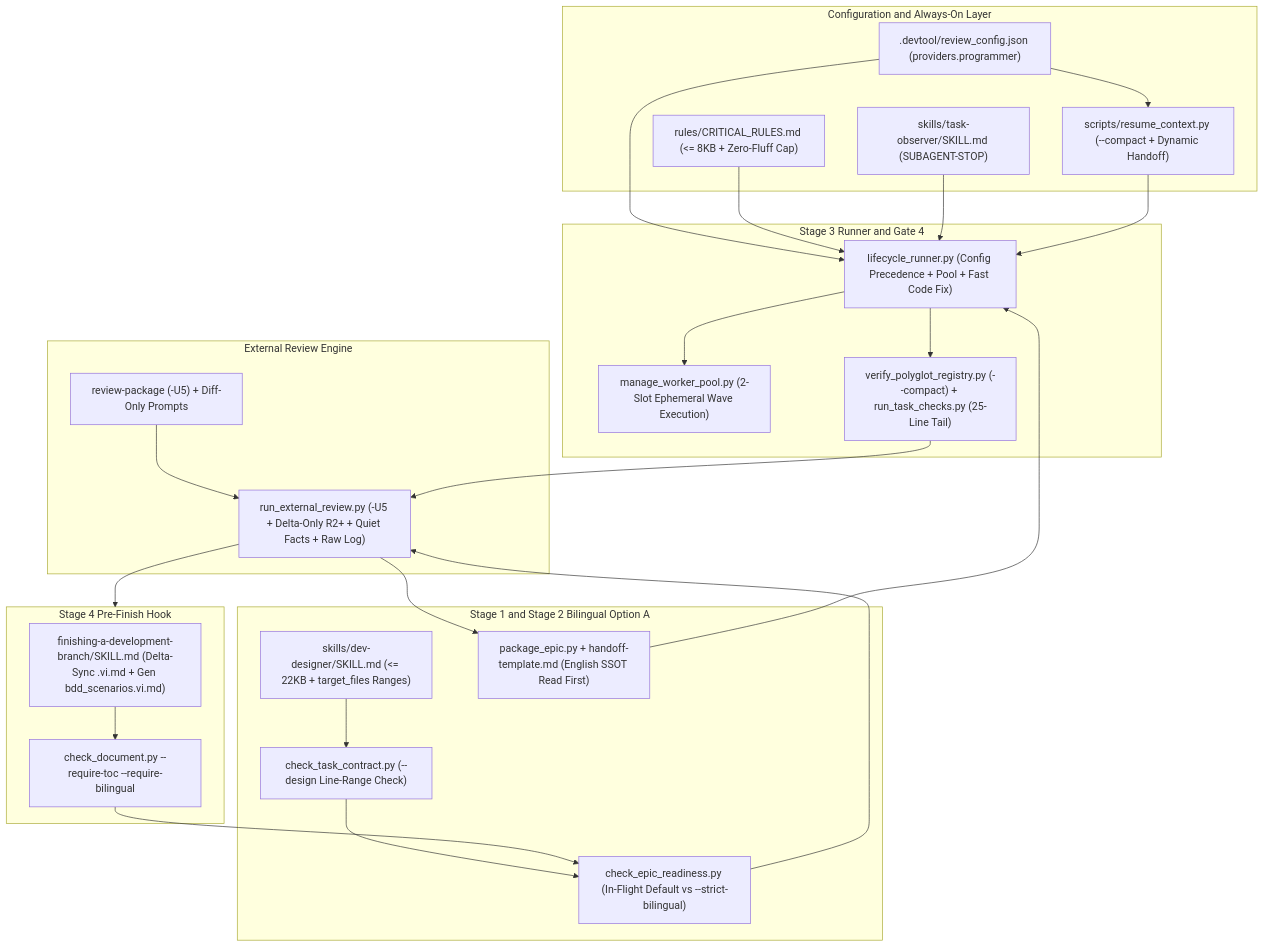
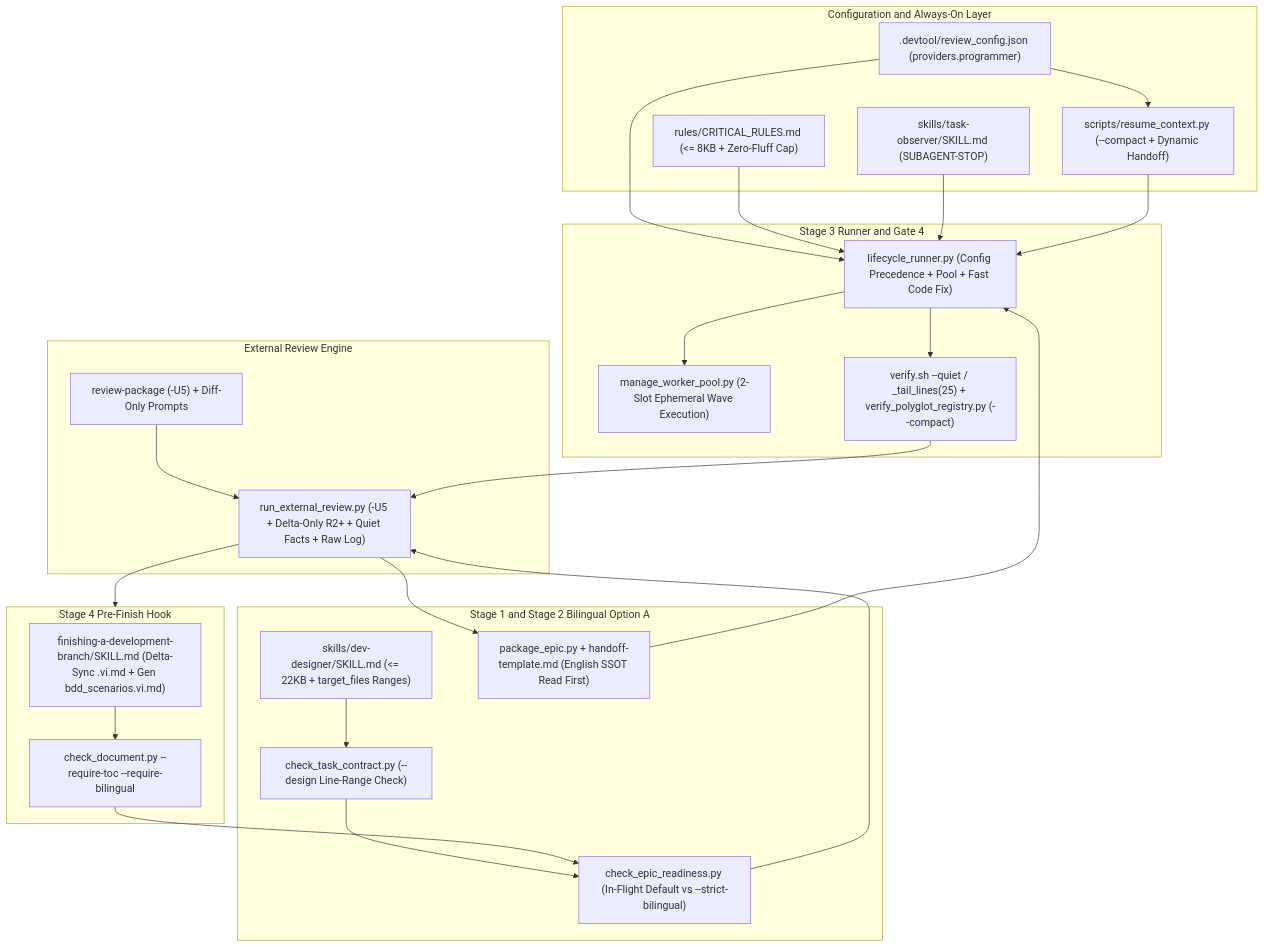
The first of 2 diagrams in .devtool/epic/token_throttling_optimization/token_throttling_optimization.en.md (DanhDue/ai-agent-tools), drawn with Mermaid before and after one commit. The commit also changed other lines of this file and 17 other files, not shown here.

````diff
--- a/.devtool/epic/token_throttling_optimization/token_throttling_optimization.en.md
+++ b/.devtool/epic/token_throttling_optimization/token_throttling_optimization.en.md
@@ -61,45 +61,45 @@
 ```mermaid
 flowchart TD
     subgraph CFG["Configuration and Always-On Layer"]
         RC[".devtool/review_config.json (providers.programmer)"]
         CR["rules/CRITICAL_RULES.md (<= 8KB + Zero-Fluff Cap)"]
         TO["skills/task-observer/SKILL.md (SUBAGENT-STOP)"]
         MEM["scripts/resume_context.py (--compact + Dynamic Handoff)"]
     end
 
     subgraph S12["Stage 1 and Stage 2 Bilingual Option A"]
         DESIGN["skills/dev-designer/SKILL.md (<= 22KB + target_files Ranges)"]
         TC["check_task_contract.py (--design Line-Range Check)"]
         READY["check_epic_readiness.py (In-Flight Default vs --strict-bilingual)"]
         PKG["package_epic.py + handoff-template.md (English SSOT Read First)"]
     end
 
     subgraph REV["External Review Engine"]
         RER["run_external_review.py (-U5 + Delta-Only R2+ + Quiet Facts + Raw Log)"]
         REVP["review-package (-U5) + Diff-Only Prompts"]
     end
 
     subgraph EXEC["Stage 3 Runner and Gate 4"]
         RUN["lifecycle_runner.py (Config Precedence + Pool + Fast Code Fix)"]
         POOL["manage_worker_pool.py (2-Slot Ephemeral Wave Execution)"]
-        G4["verify_polyglot_registry.py (--compact) + run_task_checks.py (25-Line Tail)"]
+        G4["verify.sh --quiet / _tail_lines(25) + verify_polyglot_registry.py (--compact)"]
     end
 
     subgraph FIN["Stage 4 Pre-Finish Hook"]
         FINS["finishing-a-development-branch/SKILL.md (Delta-Sync .vi.md + Gen bdd_scenarios.vi.md)"]
         DOC["check_document.py --require-toc --require-bilingual"]
     end
 
     RC --> RUN
     RC --> MEM
     CR --> RUN
     TO --> RUN
     MEM --> RUN
     DESIGN --> TC --> READY --> RER --> PKG --> RUN
     REVP --> RER
     RUN --> POOL
     RUN --> G4
     G4 --> RER
     RER --> FIN
     FINS --> DOC --> READY
 ```
````
